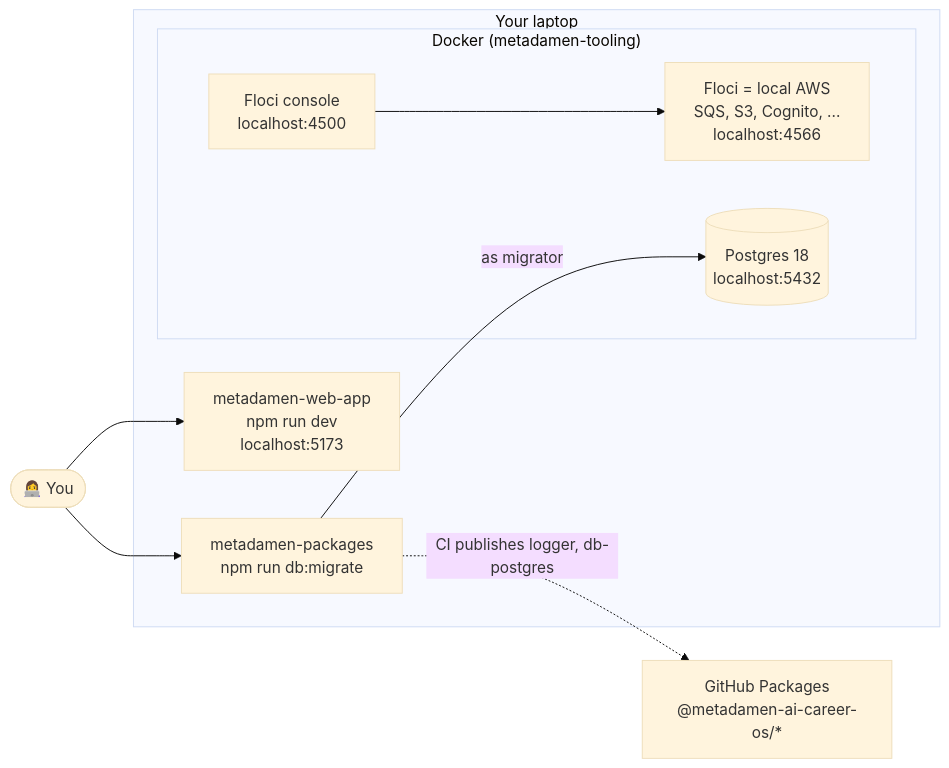
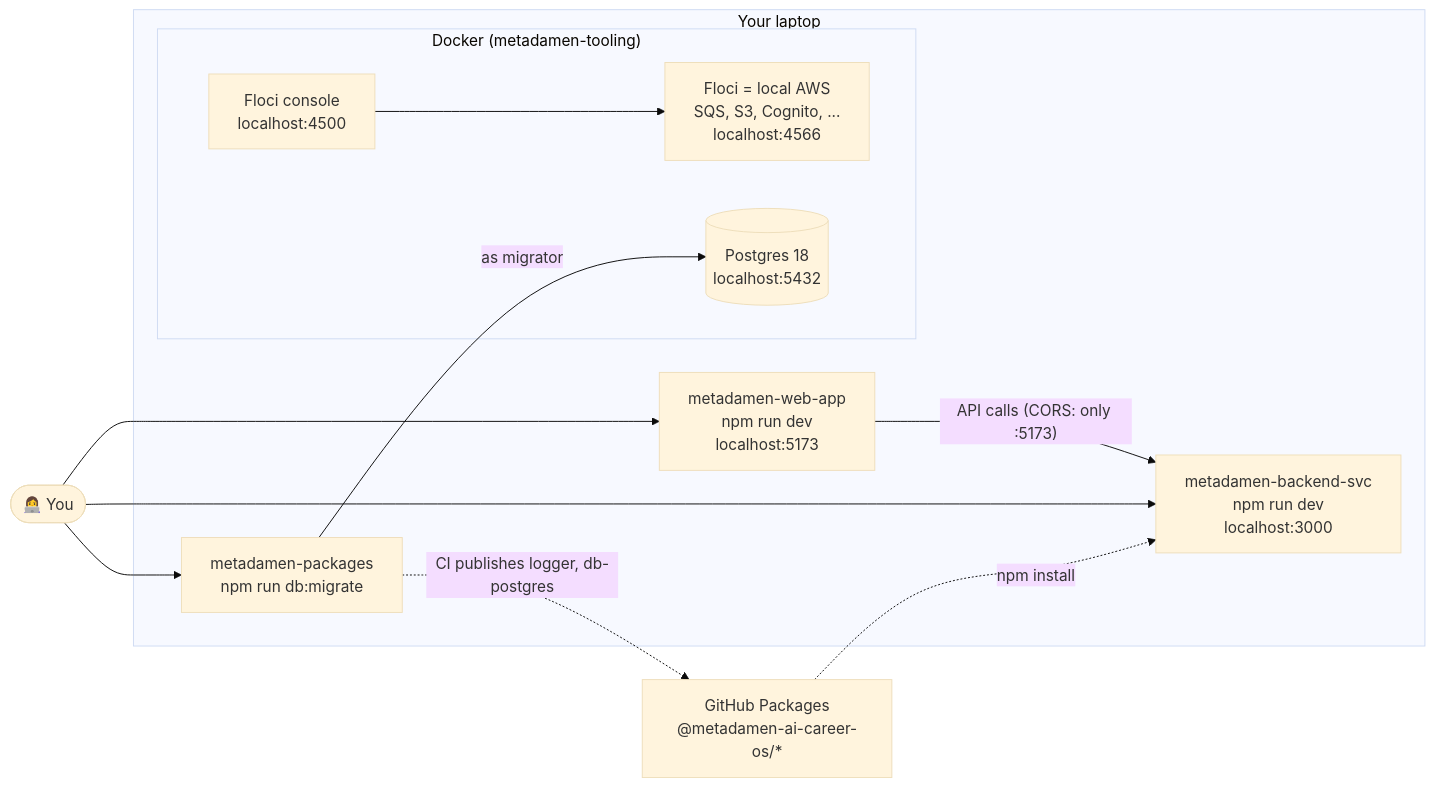
The second of 4 diagrams in architecture/overview.md (metadamen-ai-career-os/metadamen-engineering-docs), drawn with Mermaid (base theme) before and after one commit. The commit also changed other lines of this file and 5 other files, not shown here.

````diff
--- a/architecture/overview.md
+++ b/architecture/overview.md
@@ -67,24 +67,28 @@
 ```mermaid
 flowchart LR
     dev(["👩‍💻 You"])
 
     subgraph laptop["Your laptop"]
         web["metadamen-web-app<br/>npm run dev<br/>localhost:5173"]
+        api["metadamen-backend-svc<br/>npm run dev<br/>localhost:3000"]
         pkgs["metadamen-packages<br/>npm run db:migrate"]
 
         subgraph docker["Docker (metadamen-tooling)"]
             pg[("Postgres 18<br/>localhost:5432")]
             floci["Floci = local AWS<br/>SQS, S3, Cognito, ...<br/>localhost:4566"]
             ui["Floci console<br/>localhost:4500"]
             ui --> floci
         end
 
+        web -- "API calls (CORS: only :5173)" --> api
         pkgs -- "as migrator" --> pg
     end
 
     registry["GitHub Packages<br/>@metadamen-ai-career-os/*"]
 
     dev --> web
+    dev --> api
     dev --> pkgs
     pkgs -. "CI publishes logger, db-postgres" .-> registry
+    registry -. "npm install" .-> api
 ```
````
